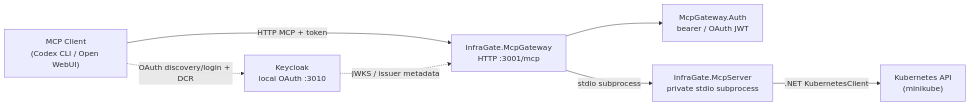
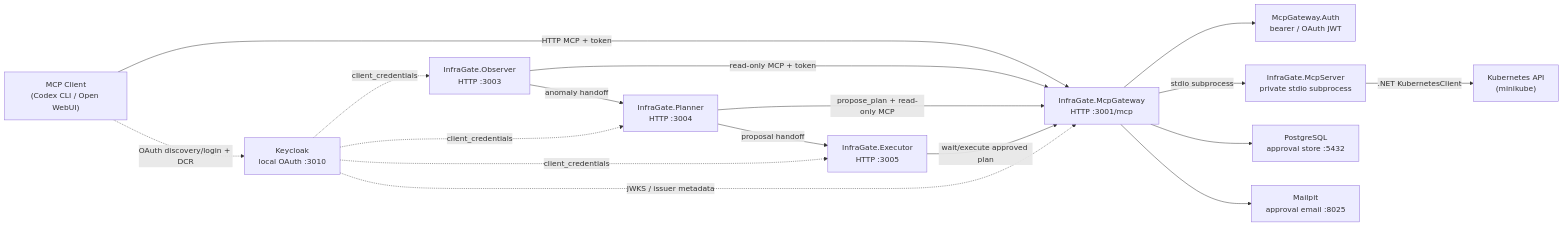
One commit to mirusser/Kubernetes-MCP-Guard changed the diagram in docs/setup-guide.md. Above: the diagram before and after it, drawn with Mermaid. The commit also changed other lines of this file and 14 other files, not shown here.

````diff
--- a/docs/setup-guide.md
+++ b/docs/setup-guide.md
@@ -5,16 +5,31 @@
 ```mermaid
 graph LR
     Client["MCP Client<br/>(Codex CLI / Open WebUI)"]
     Gateway["InfraGate.McpGateway<br/>HTTP :3001/mcp"]
     Auth["McpGateway.Auth<br/>bearer / OAuth JWT"]
     Server["InfraGate.McpServer<br/>private stdio subprocess"]
+    Observer["InfraGate.Observer<br/>HTTP :3003"]
+    Planner["InfraGate.Planner<br/>HTTP :3004"]
+    Executor["InfraGate.Executor<br/>HTTP :3005"]
     Keycloak["Keycloak<br/>local OAuth :3010"]
+    Postgres["PostgreSQL<br/>approval store :5432"]
+    Mailpit["Mailpit<br/>approval email :8025"]
     K8s["Kubernetes API<br/>(minikube)"]
 
     Client -- "HTTP MCP + token" --> Gateway
     Gateway --> Auth
     Gateway -- "stdio subprocess" --> Server
+    Gateway --> Postgres
+    Gateway --> Mailpit
     Server -- ".NET KubernetesClient" --> K8s
+    Observer -- "read-only MCP + token" --> Gateway
+    Observer -- "anomaly handoff" --> Planner
+    Planner -- "propose_plan + read-only MCP" --> Gateway
+    Planner -- "proposal handoff" --> Executor
+    Executor -- "wait/execute approved plan" --> Gateway
     Client -. "OAuth discovery/login + DCR" .-> Keycloak
     Keycloak -. "JWKS / issuer metadata" .-> Gateway
+    Keycloak -. "client_credentials" .-> Observer
+    Keycloak -. "client_credentials" .-> Planner
+    Keycloak -. "client_credentials" .-> Executor
 ```
````
